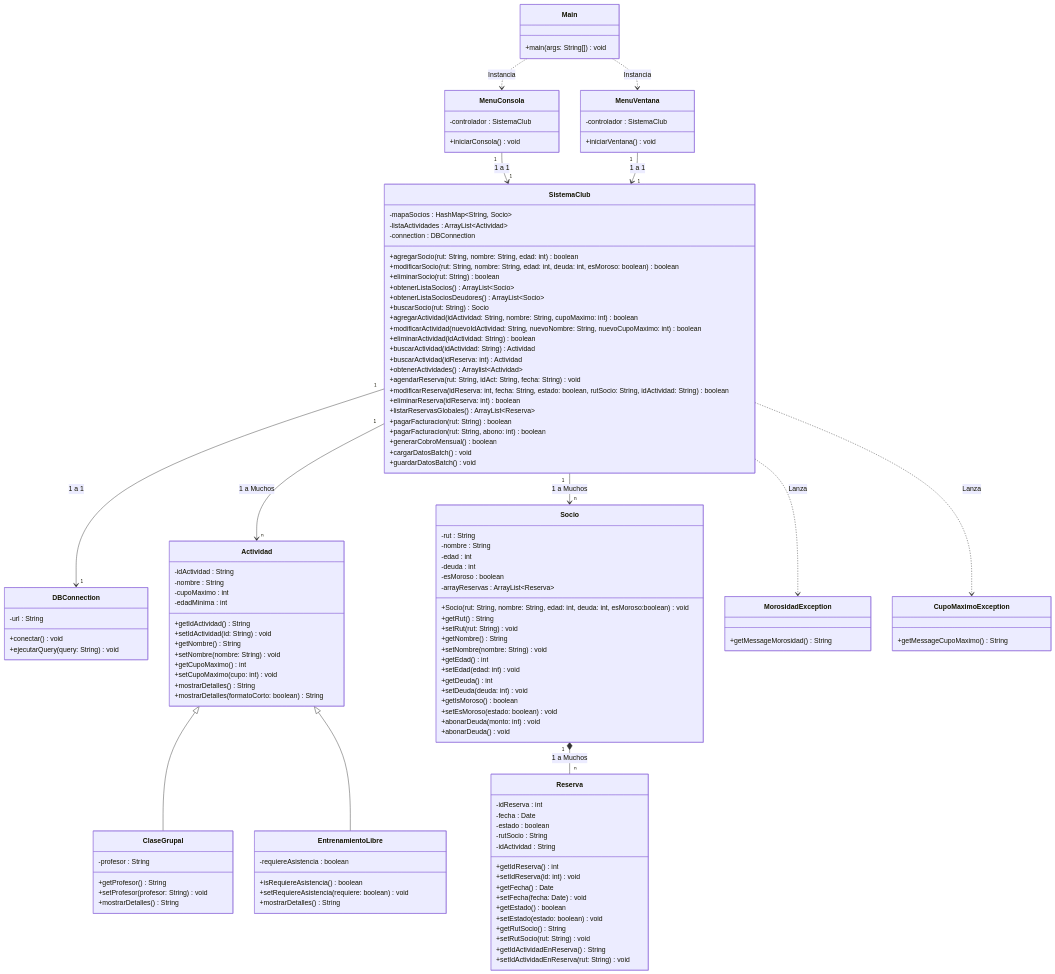
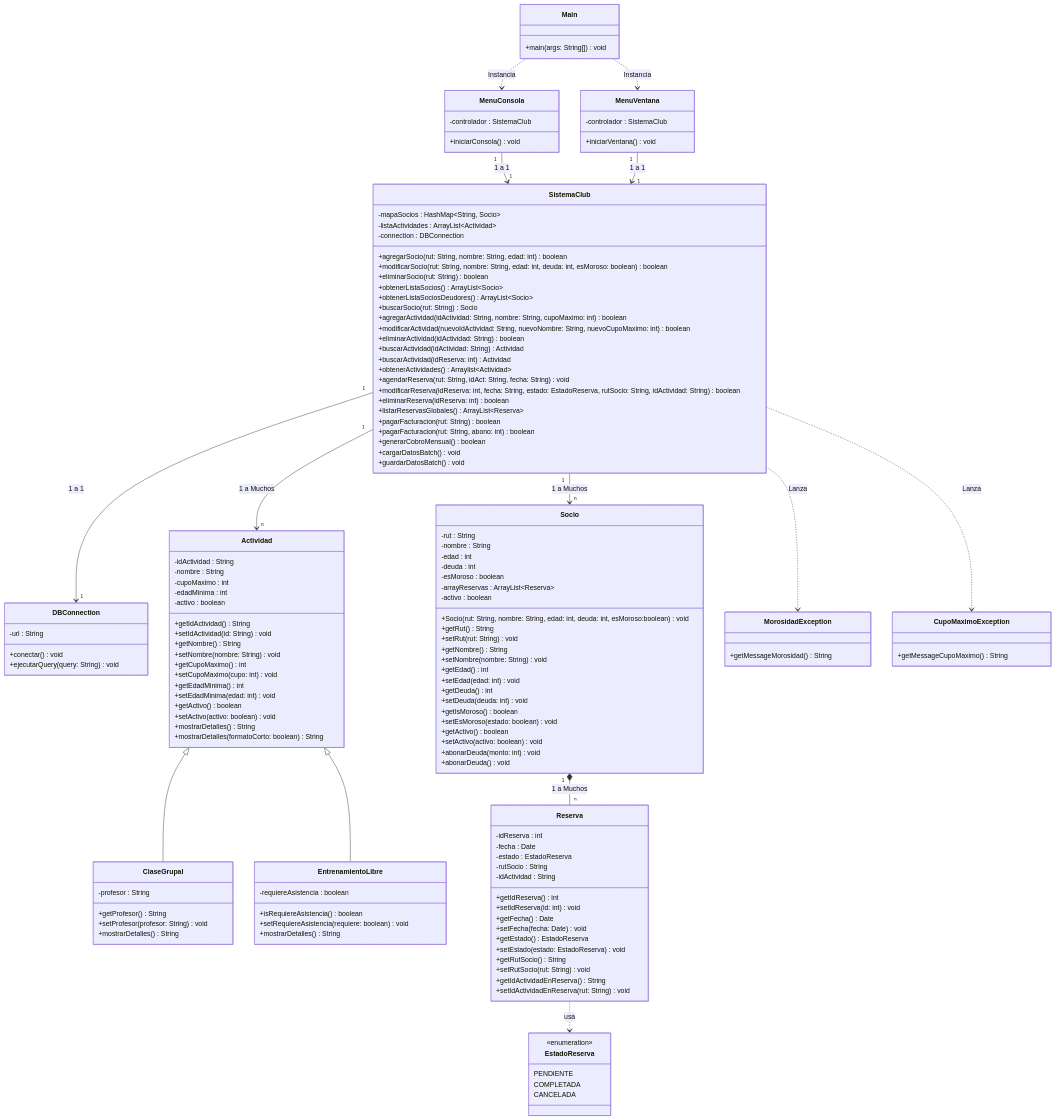
The diagram in planificacion/Diagrama de Clases UML.md (L3v1smpr/ProyectoProgramacionAvanzadaUno), drawn with Mermaid before and after one commit.

Commit message:
Mejora en la lógica de eliminar socio/actividad, implementación de borrado-suave, para utilización con base de datos [Persistencia de datos].
Además se mejoraron los estados de la reserva incluyendo: PENDIENTE, COMPLETADA, CANCELADA [enum]

```diff
--- a/planificacion/Diagrama de Clases UML.md
+++ b/planificacion/Diagrama de Clases UML.md
@@ -34,7 +34,7 @@
         +buscarActividad(idReserva: int) Actividad
         +obtenerActividades() Arraylist~Actividad~
         +agendarReserva(rut: String, idAct: String, fecha: String) void
-        +modificarReserva(idReserva: int, fecha: String, estado: boolean, rutSocio: String, idActividad: String) boolean
+        +modificarReserva(idReserva: int, fecha: String, estado: EstadoReserva, rutSocio: String, idActividad: String) boolean
         +eliminarReserva(idReserva: int) boolean
         +listarReservasGlobales() ArrayList~Reserva~
         +pagarFacturacion(rut: String) boolean
@@ -58,12 +58,17 @@
         -nombre : String
         -cupoMaximo : int
         -edadMinima : int
+        -activo : boolean
         +getIdActividad() String
         +setIdActividad(id: String) void
         +getNombre() String
         +setNombre(nombre: String) void
         +getCupoMaximo() int
         +setCupoMaximo(cupo: int) void
+        +getEdadMinima() int
+        +setEdadMinima(edad: int) void
+        +getActivo() boolean
+        +setActivo(activo: boolean) void 
         +mostrarDetalles() String
         +mostrarDetalles(formatoCorto: boolean) String
     }
@@ -89,6 +94,7 @@
         -deuda : int
         -esMoroso : boolean
         -arrayReservas : ArrayList~Reserva~
+        -activo : boolean
         +Socio(rut: String, nombre: String, edad: int, deuda: int, esMoroso:boolean) void
         +getRut() String
         +setRut(rut: String) void
@@ -100,6 +106,8 @@
         +setDeuda(deuda: int) void
         +getIsMoroso() boolean
         +setEsMoroso(estado: boolean) void
+        +getActivo() boolean
+        +setActivo(activo: boolean) void
         +abonarDeuda(monto: int) void
         +abonarDeuda() void
     }
@@ -107,19 +115,27 @@
     class Reserva {
         -idReserva : int
         -fecha : Date
-        -estado : boolean
+        -estado : EstadoReserva
         -rutSocio : String
 	-idActividad : String
         +getIdReserva() int
         +setIdReserva(id: int) void
         +getFecha() Date
         +setFecha(fecha: Date) void
-        +getEstado() boolean
-        +setEstado(estado: boolean) void
+        +getEstado() EstadoReserva
+        +setEstado(estado: EstadoReserva) void
         +getRutSocio() String
         +setRutSocio(rut: String) void
 		+getIdActividadEnReserva() String
 		+setIdActividadEnReserva	(rut: String) void
+    }
+    
+    class EstadoReserva {
+    		<<enumeration>>
+    		PENDIENTE
+    		COMPLETADA
+    		CANCELADA
+    		
     }
     
     class MorosidadException {
@@ -136,6 +152,7 @@
     Actividad <|-- ClaseGrupal
     Actividad <|-- EntrenamientoLibre
 
+	Reserva ..> EstadoReserva : usa
     Socio "1" *-- "n" Reserva : 1 a Muchos
     SistemaClub "1" --> "n" Actividad : 1 a Muchos
     SistemaClub "1" --> "n" Socio : 1 a Muchos
```
